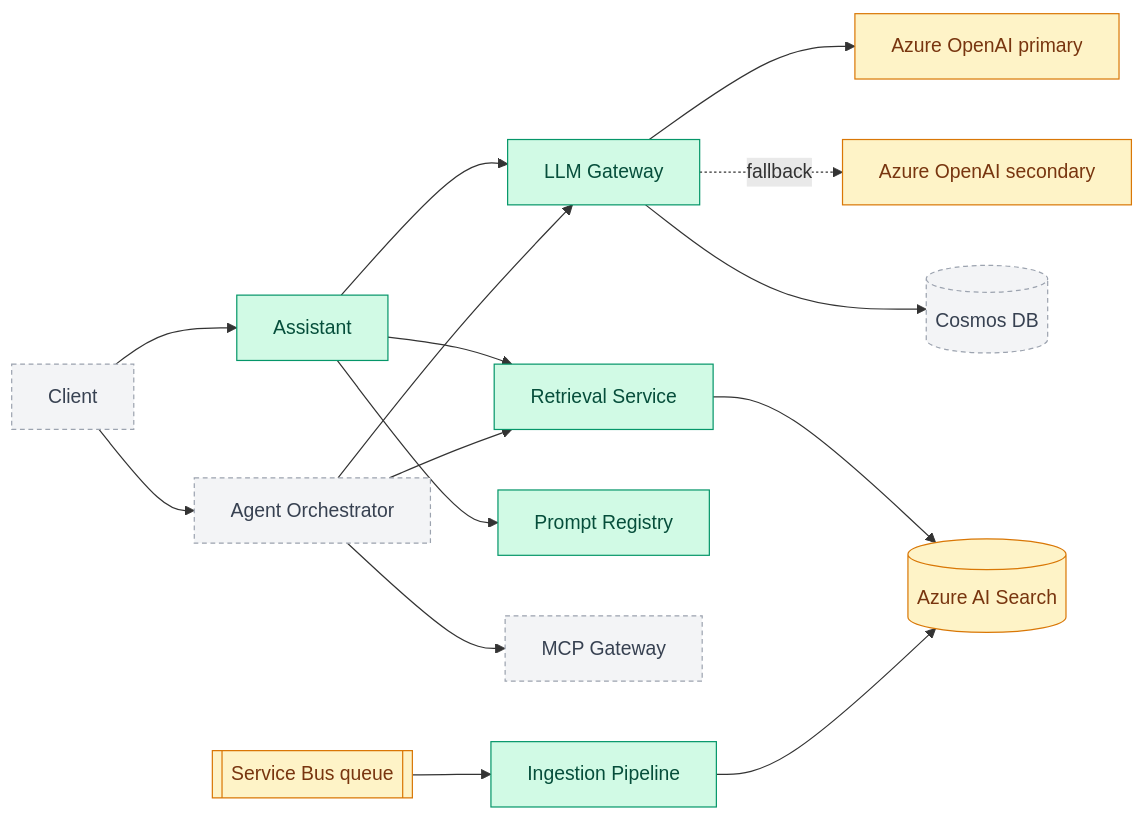
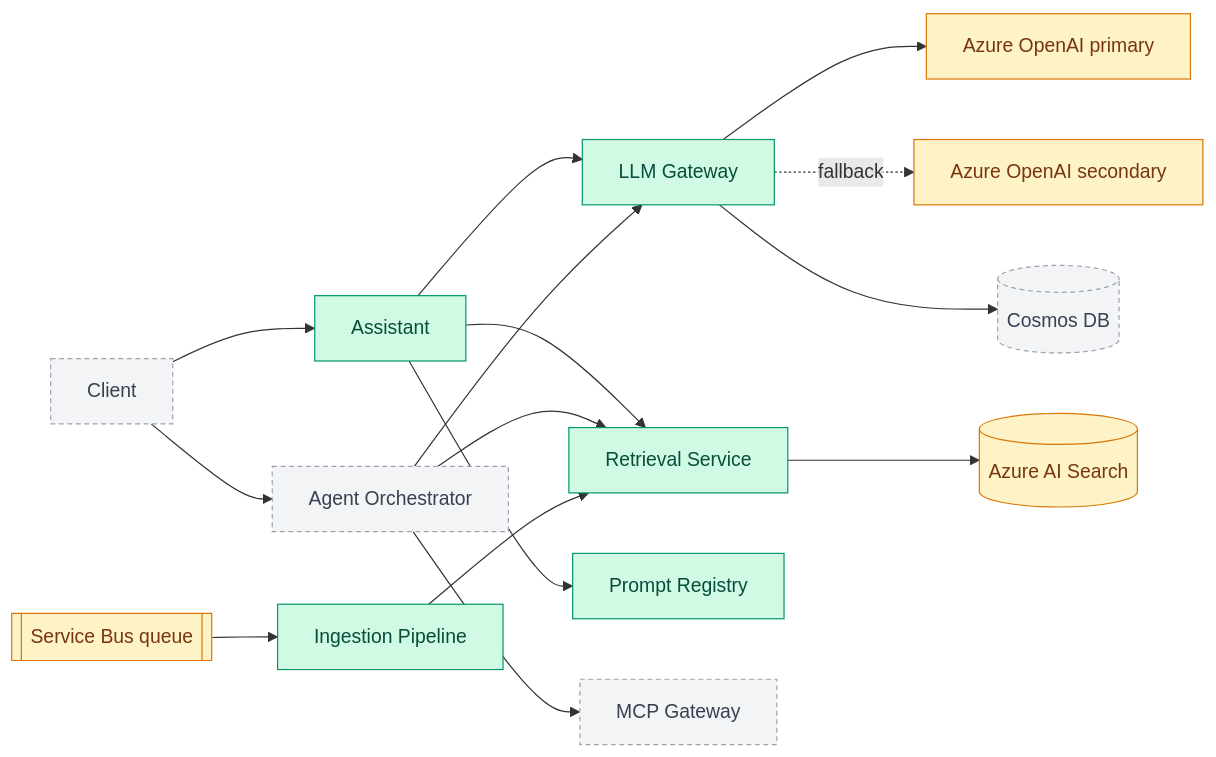
Before and after one commit to SwaroopManjunath/enterprise-genai-platform: the diagram in README.md, drawn with Mermaid. The commit also changed other lines of this file and 8 other files, not shown here.

````diff
--- a/README.md
+++ b/README.md
@@ -42,24 +43,24 @@
 ```mermaid
 flowchart LR
     Client --> AS[Assistant]
     AS --> GW[LLM Gateway]
     AS --> RET[Retrieval Service]
     AS --> PR[Prompt Registry]
     Client --> AG[Agent Orchestrator]
     AG --> GW
     AG --> MCP[MCP Gateway]
     AG --> RET
     RET --> AIS[(Azure AI Search)]
-    ING[Ingestion Pipeline] --> AIS
+    ING[Ingestion Pipeline] --> RET
     SB[[Service Bus queue]] --> ING
     GW --> AOAI1[Azure OpenAI primary]
     GW -. fallback .-> AOAI2[Azure OpenAI secondary]
     GW --> COS[(Cosmos DB)]
 
     classDef done fill:#d1fae5,stroke:#059669,color:#064e3b;
     classDef stub fill:#fef3c7,stroke:#d97706,color:#78350f;
     classDef planned fill:#f3f4f6,stroke:#9ca3af,stroke-dasharray:4 3,color:#374151;
     class AS,GW,PR,ING,RET done;
     class AIS,SB,AOAI1,AOAI2 stub;
     class Client,AG,MCP,COS planned;
 ```
````
